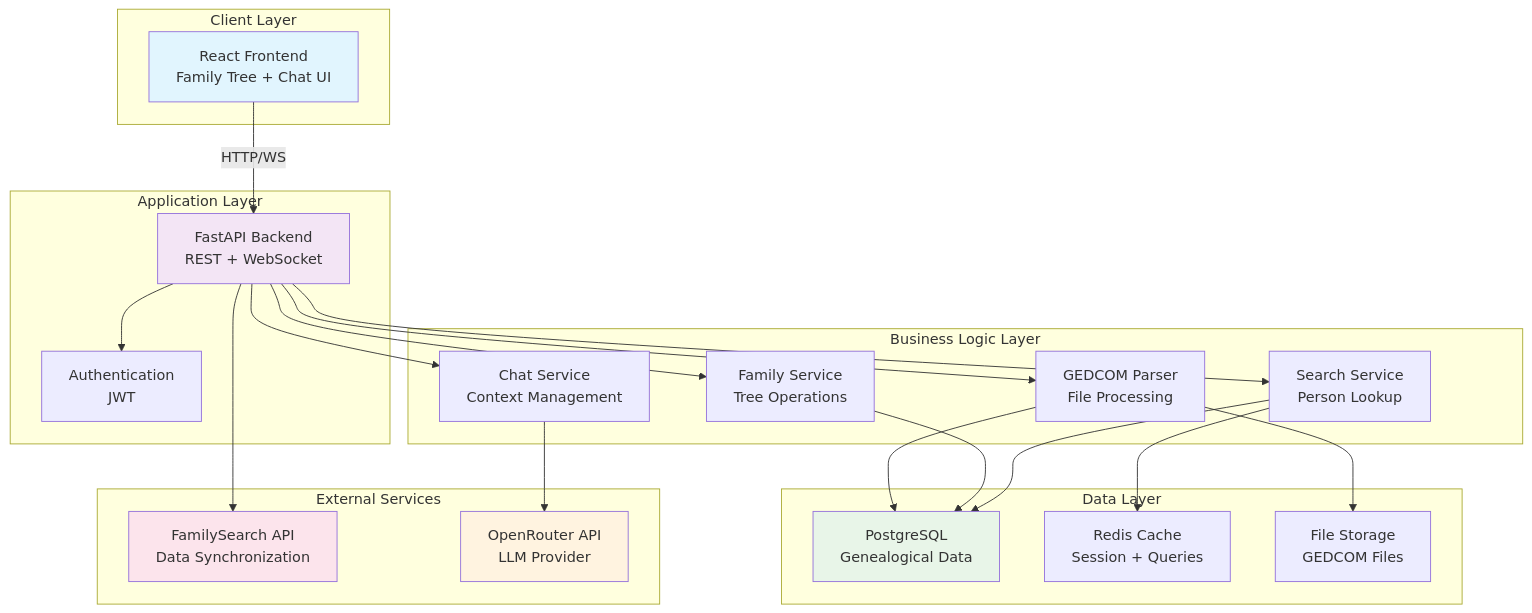
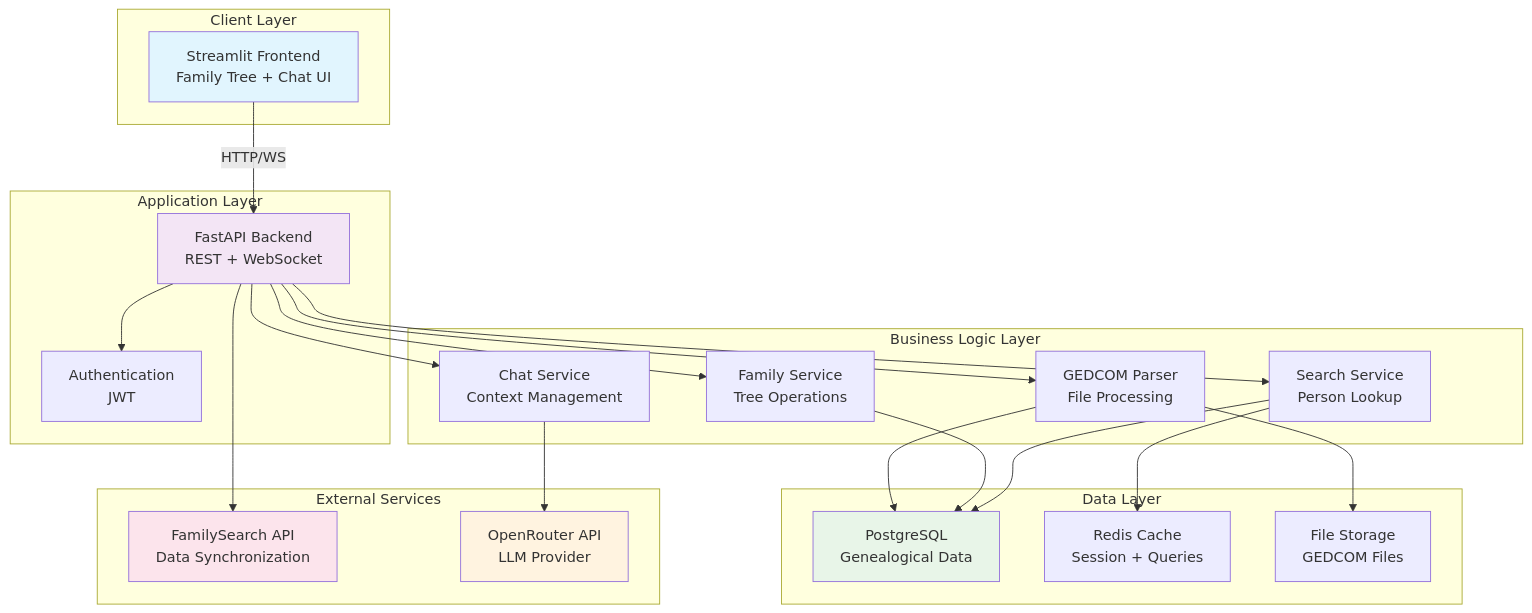
The first of 2 diagrams in 2-high_level_architecture.md (nlejeune/TreeTalk), drawn with Mermaid before and after one commit. The commit also changed other lines of this file and 54 other files, not shown here.

Commit message:
Switch to full python architecture + UX documentation

````diff
--- a/2-high_level_architecture.md
+++ b/2-high_level_architecture.md
@@ -17,49 +17,49 @@
 ```mermaid
 graph TB
     subgraph "Client Layer"
-        WEB[React Frontend<br/>Family Tree + Chat UI]
+        WEB[Streamlit Frontend<br/>Family Tree + Chat UI]
     end
     
     subgraph "Application Layer"
         API[FastAPI Backend<br/>REST + WebSocket]
         AUTH[Authentication<br/>JWT]
     end
     
     subgraph "Business Logic Layer"
         GEDCOM[GEDCOM Parser<br/>File Processing]
         FAMILY[Family Service<br/>Tree Operations]
         SEARCH[Search Service<br/>Person Lookup]
         CHAT[Chat Service<br/>Context Management]
     end
     
     subgraph "Data Layer"
         DB[PostgreSQL<br/>Genealogical Data]
         CACHE[Redis Cache<br/>Session + Queries]
         FILES[File Storage<br/>GEDCOM Files]
     end
     
     subgraph "External Services"
         FS[FamilySearch API<br/>Data Synchronization]
         OR[OpenRouter API<br/>LLM Provider]
     end
     
     WEB -->|HTTP/WS| API
     API --> AUTH
     API --> GEDCOM
     API --> FAMILY
     API --> SEARCH
     API --> CHAT
     CHAT --> OR
     GEDCOM --> DB
     FAMILY --> DB
     SEARCH --> DB
     SEARCH --> CACHE
     API --> FS
     GEDCOM --> FILES
     
     style WEB fill:#e1f5fe
     style API fill:#f3e5f5
     style DB fill:#e8f5e8
     style OR fill:#fff3e0
     style FS fill:#fce4ec
 ```
````
